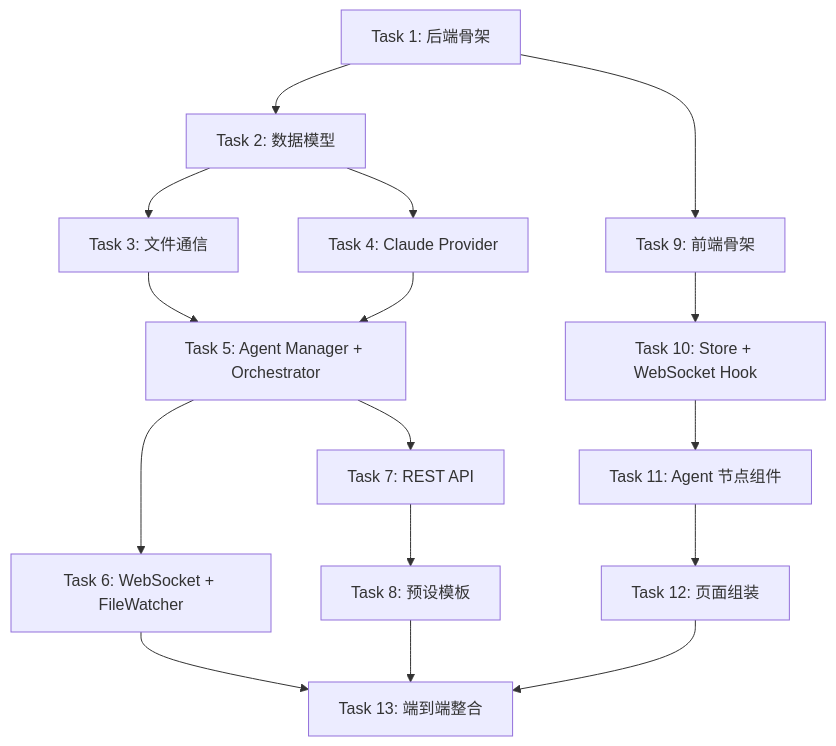
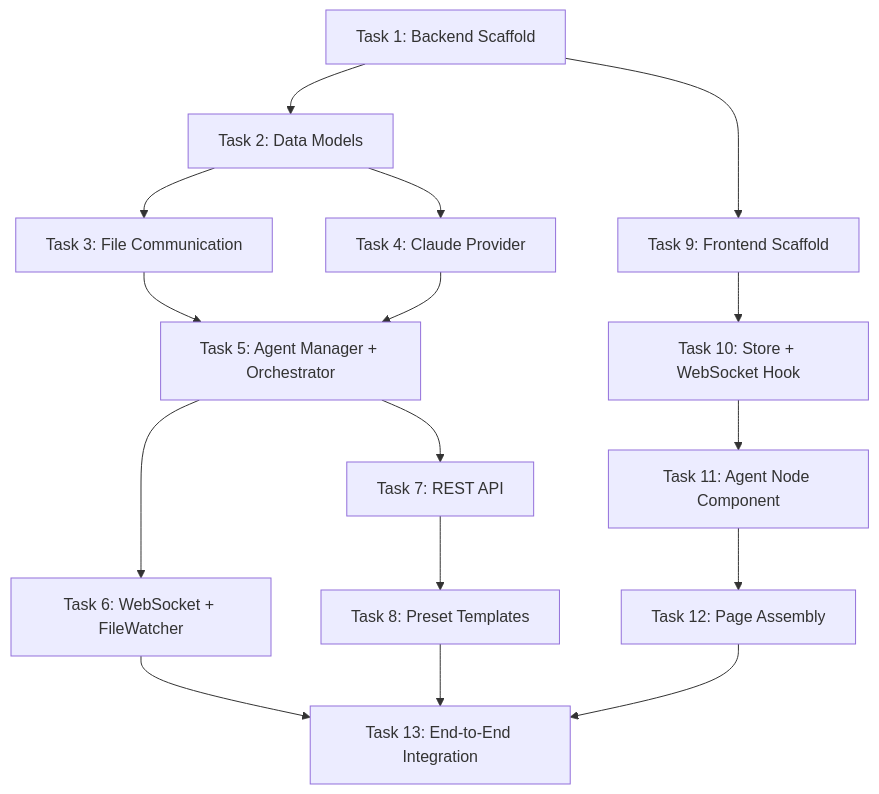
One commit to lchaoer/Polygents changed the diagram in docs/plans/2026-03-31-phase1.md. Above: the diagram before and after it, drawn with Mermaid. The commit also changed other lines of this file and 4 other files, not shown here.

````diff
--- a/docs/plans/2026-03-31-phase1.md
+++ b/docs/plans/2026-03-31-phase1.md
@@ -2505,18 +2504,18 @@
 ```mermaid
 graph TD
-    T1[Task 1: 后端骨架] --> T2[Task 2: 数据模型]
-    T2 --> T3[Task 3: 文件通信]
+    T1[Task 1: Backend Scaffold] --> T2[Task 2: Data Models]
+    T2 --> T3[Task 3: File Communication]
     T2 --> T4[Task 4: Claude Provider]
     T3 --> T5[Task 5: Agent Manager + Orchestrator]
     T4 --> T5
     T5 --> T6[Task 6: WebSocket + FileWatcher]
     T5 --> T7[Task 7: REST API]
-    T7 --> T8[Task 8: 预设模板]
-    T1 --> T9[Task 9: 前端骨架]
+    T7 --> T8[Task 8: Preset Templates]
+    T1 --> T9[Task 9: Frontend Scaffold]
     T9 --> T10[Task 10: Store + WebSocket Hook]
-    T10 --> T11[Task 11: Agent 节点组件]
-    T11 --> T12[Task 12: 页面组装]
-    T6 --> T13[Task 13: 端到端整合]
+    T10 --> T11[Task 11: Agent Node Component]
+    T11 --> T12[Task 12: Page Assembly]
+    T6 --> T13[Task 13: End-to-End Integration]
     T8 --> T13
     T12 --> T13
 ```
````
